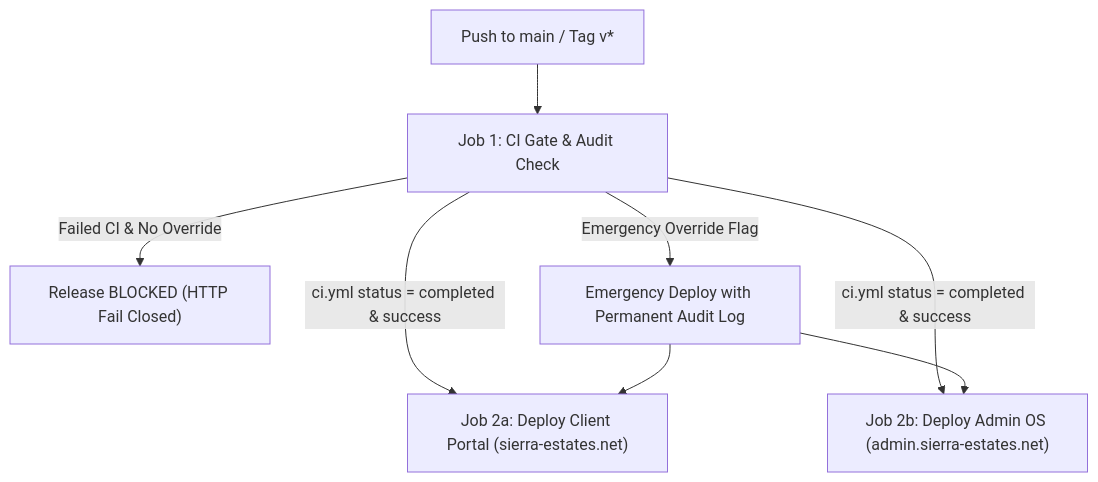
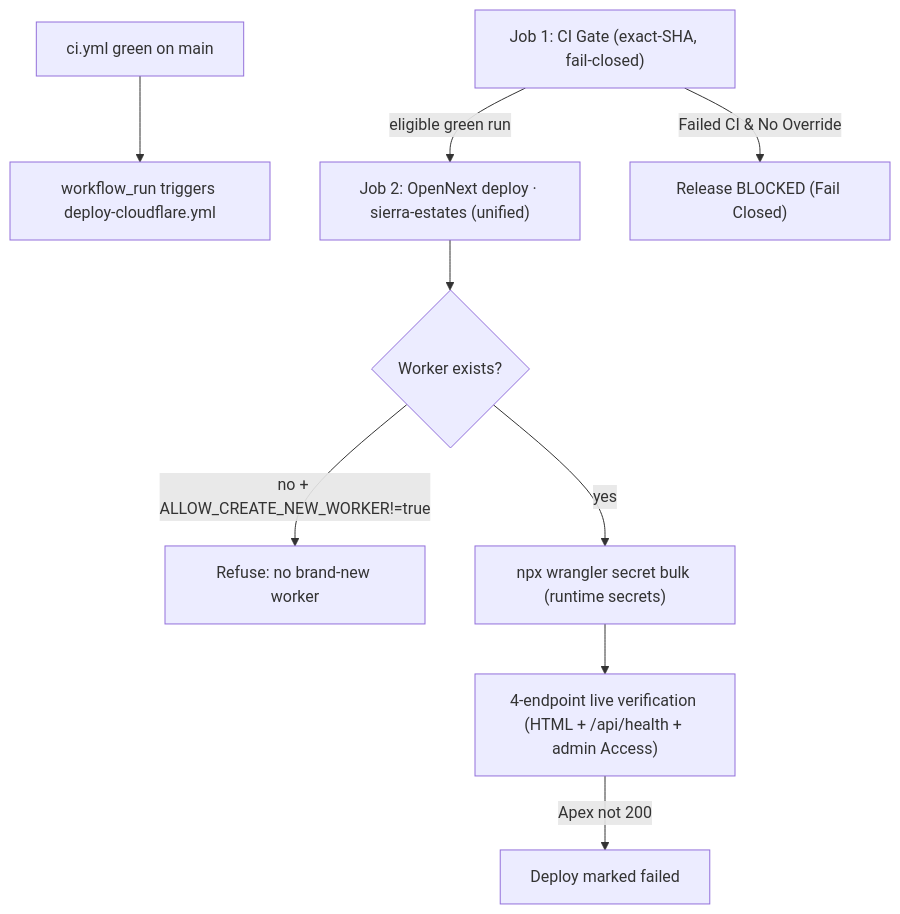
The diagram in DEPLOYMENT.md (afawzy886619888866-cloud/Sierra-Estates), drawn with Mermaid before and after one commit. The commit also changed other lines of this file and 21 other files, not shown here.

````diff
--- a/DEPLOYMENT.md
+++ b/DEPLOYMENT.md
@@ -51,10 +46,11 @@
 ```mermaid
 flowchart TD
-    PUSH["Push to main / Tag v*"] --> GATE["Job 1: CI Gate & Audit Check"]
-    GATE -->|"ci.yml status = completed & success"| DEPLOY_CLIENT["Job 2a: Deploy Client Portal (sierra-estates.net)"]
-    GATE -->|"ci.yml status = completed & success"| DEPLOY_ADMIN["Job 2b: Deploy Admin OS (admin.sierra-estates.net)"]
-    GATE -->|"Failed CI & No Override"| BLOCK["Release BLOCKED (HTTP Fail Closed)"]
-    GATE -->|"Emergency Override Flag"| OVERRIDE["Emergency Deploy with Permanent Audit Log"]
-    OVERRIDE --> DEPLOY_CLIENT
-    OVERRIDE --> DEPLOY_ADMIN
+    CI["ci.yml green on main"] --> RUN["workflow_run triggers deploy-cloudflare.yml"]
+    GATE["Job 1: CI Gate (exact-SHA, fail-closed)"] -->|"eligible green run"| DEPLOY["Job 2: OpenNext deploy · sierra-estates (unified)"]
+    GATE -->|"Failed CI & No Override"| BLOCK["Release BLOCKED (Fail Closed)"]
+    DEPLOY --> LOCK{"Worker exists?"}
+    LOCK -->|"no + ALLOW_CREATE_NEW_WORKER!=true"| REFUSE["Refuse: no brand-new worker"]
+    LOCK -->|"yes"| SECRETS["npx wrangler secret bulk (runtime secrets)"]
+    SECRETS --> VERIFY["4-endpoint live verification (HTML + /api/health + admin Access)"]
+    VERIFY -->|"Apex not 200"| FAIL["Deploy marked failed"]
 ```
````
